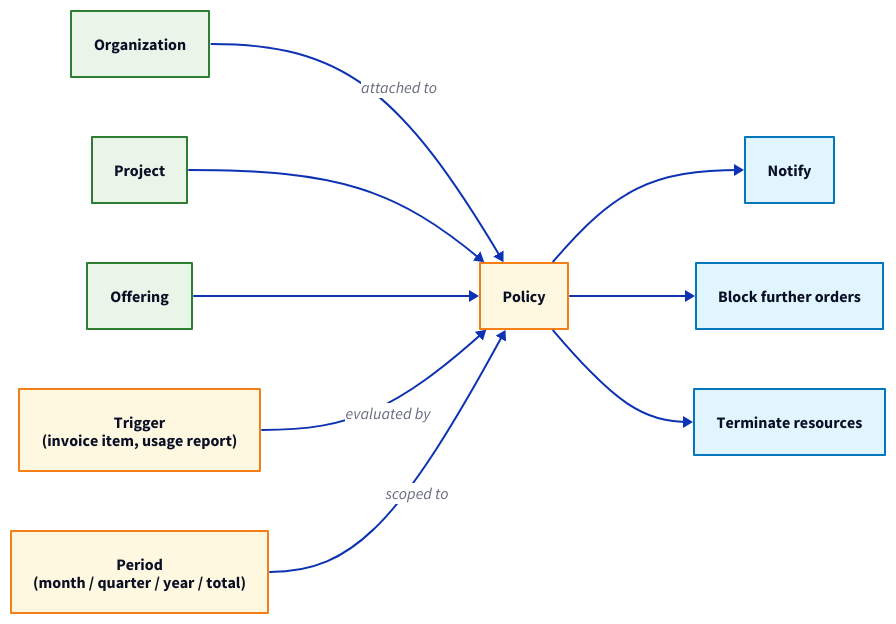
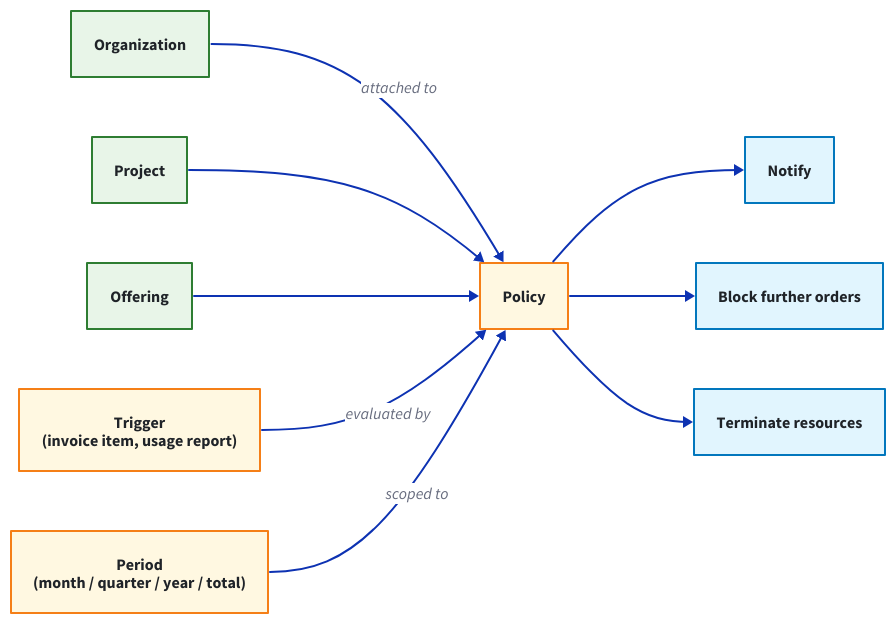
The first of 2 diagrams in docs/about/concepts/policies.md (waldur/waldur-docs), drawn with D2 before and after one commit. The commit also changed 51 other files, not shown here.

Commit message:
Group docs navigation into reader-task tabs, fix dead links and unreadable diagrams [#30] [#31]

````diff
--- a/docs/about/concepts/policies.md
+++ b/docs/about/concepts/policies.md
@@ -11,29 +11,29 @@
 ```d2
 direction: right
 classes: {
-  scope:   { style: { fill: "#e8f5e8"; stroke: "#2e7d32" } }
-  policy:  { style: { fill: "#fff8e1"; stroke: "#f57f17" } }
-  action:  { style: { fill: "#e1f5fe"; stroke: "#0277bd" } }
+  scope:   { style: { fill: "#e8f5e8"; font-color: "#1f2328"; stroke: "#2e7d32" } }
+  policy:  { style: { fill: "#fff8e1"; font-color: "#1f2328"; stroke: "#f57f17" } }
+  action:  { style: { fill: "#e1f5fe"; font-color: "#1f2328"; stroke: "#0277bd" } }
 }
 
 org: Organization { class: scope }
 project: Project { class: scope }
 offering: Offering { class: scope }
 
 policy: Policy { class: policy }
 trigger: Trigger\n(invoice item, usage report) { class: policy }
 period: Period\n(month / quarter / year / total) { class: policy }
 
 notify: Notify { class: action }
 block: Block further orders { class: action }
 terminate: Terminate resources { class: action }
 
 org -> policy: attached to
 project -> policy
 offering -> policy
 trigger -> policy: evaluated by
 period -> policy: scoped to
 policy -> notify
 policy -> block
 policy -> terminate
 ```
````
